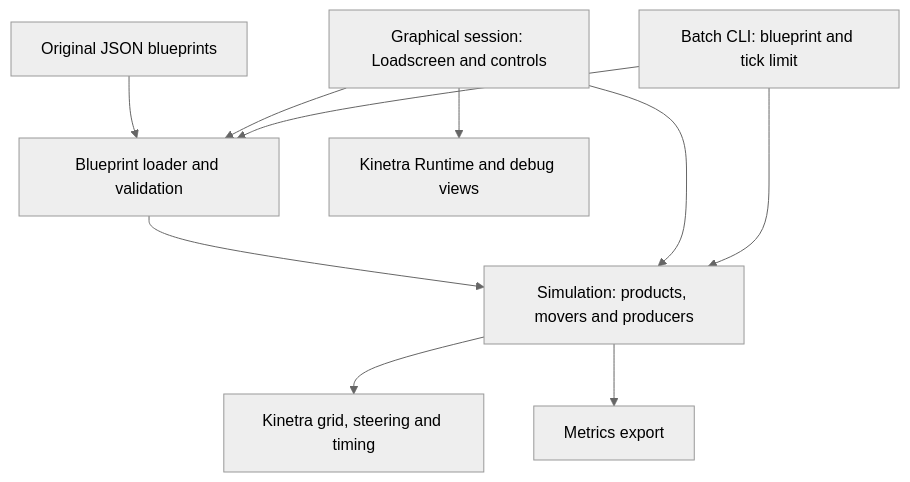
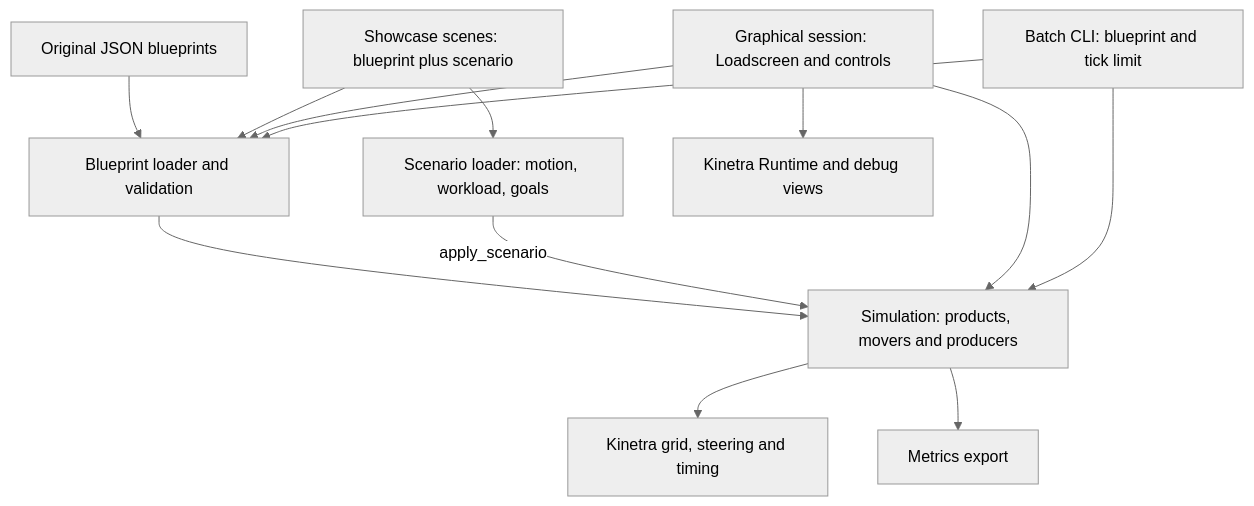
One commit to SMB-M87/Kinetra-Lab changed the diagram in labs/i4sim/README.md. Above: the diagram before and after it, drawn with Mermaid (neutral theme). The commit also changed other lines of this file and 17 other files, not shown here.

First line of the commit message:
feat(i4sim): showcase the presentation-test scenes from the loadscreen

````diff
--- a/labs/i4sim/README.md
+++ b/labs/i4sim/README.md
@@ -22,12 +22,15 @@
 ```mermaid
 flowchart TD
     JSON["Original JSON blueprints"] --> Loader["Blueprint loader and validation"]
+    Showcase["Showcase scenes: blueprint plus scenario"] --> Loader
+    Showcase --> Scenario["Scenario loader: motion, workload, goals"]
     Loader --> Sim["Simulation: products, movers and producers"]
+    Scenario -->|apply_scenario| Sim
     Session["Graphical session: Loadscreen and controls"] --> Loader
     Session --> Sim
     Batch["Batch CLI: blueprint and tick limit"] --> Loader
     Batch --> Sim
     Sim --> Engine["Kinetra grid, steering and timing"]
     Sim --> Metrics["Metrics export"]
     Session --> Runtime["Kinetra Runtime and debug views"]
 ```
````
